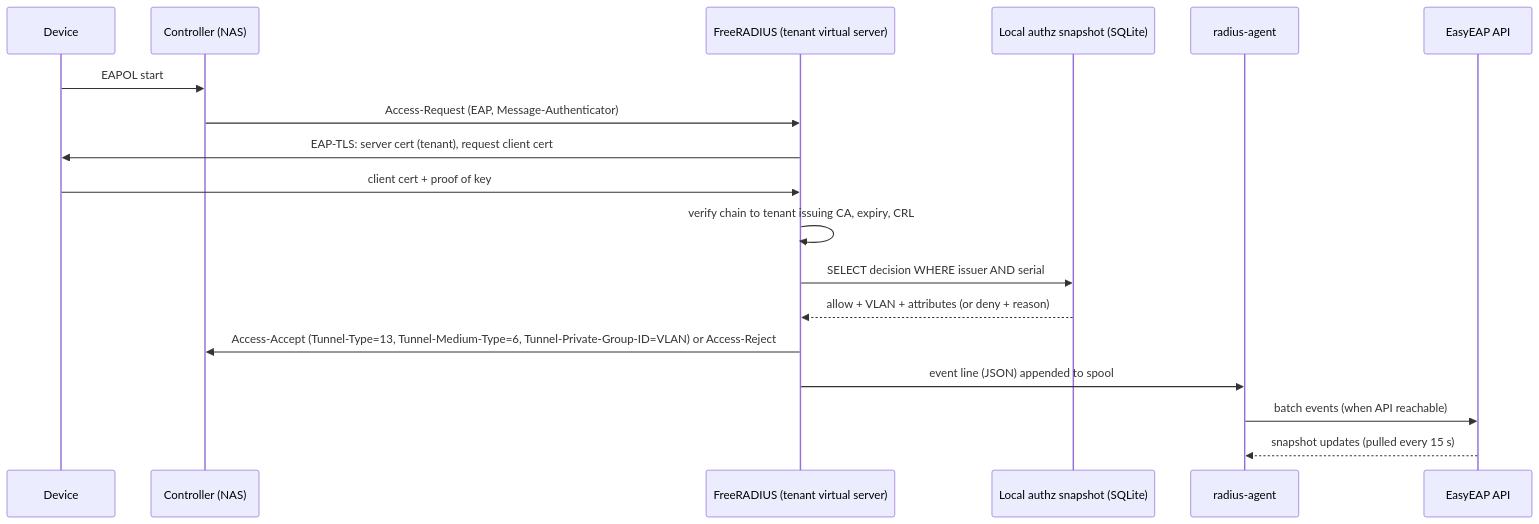
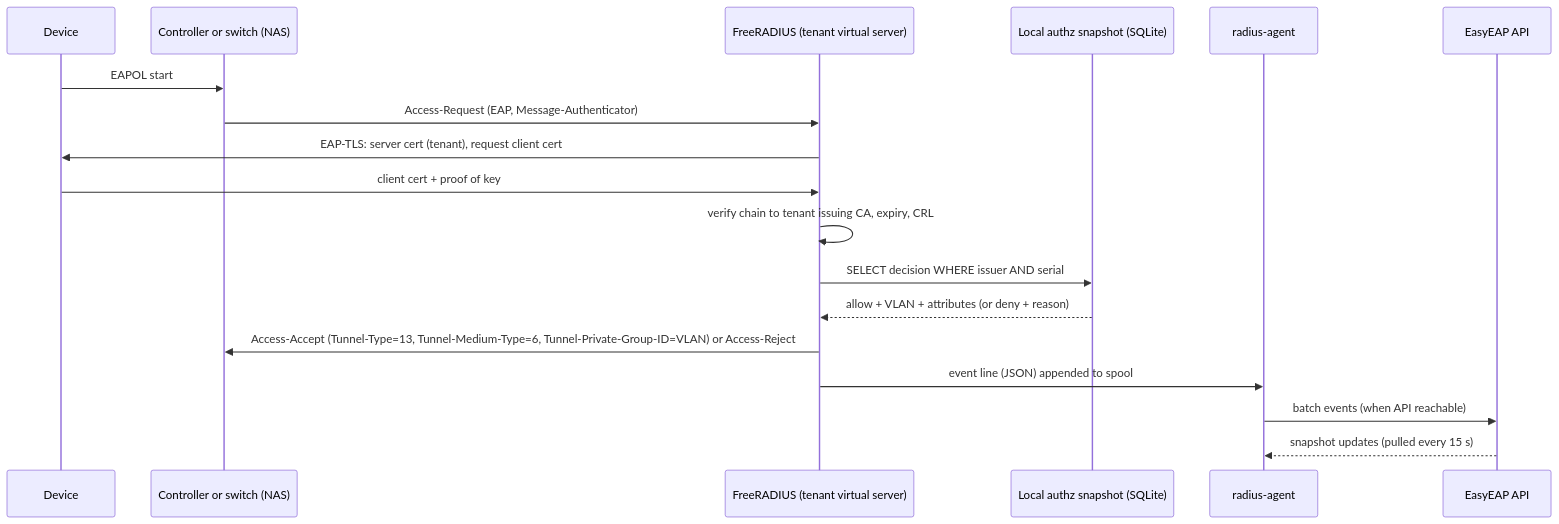
One commit to paulmataruso/EasyEAP changed the third of 3 diagrams in ARCHITECTURE.md. Above: the diagram before and after it, drawn with Mermaid. The commit also changed other lines of this file and 72 other files, not shown here.

````diff
--- a/ARCHITECTURE.md
+++ b/ARCHITECTURE.md
@@ -104,20 +104,20 @@
 ```mermaid
 sequenceDiagram
   participant D as Device
-  participant N as Controller (NAS)
+  participant N as Controller or switch (NAS)
   participant R as FreeRADIUS (tenant virtual server)
   participant S as Local authz snapshot (SQLite)
   participant A as radius-agent
   participant API as EasyEAP API
   D->>N: EAPOL start
   N->>R: Access-Request (EAP, Message-Authenticator)
   R->>D: EAP-TLS: server cert (tenant), request client cert
   D->>R: client cert + proof of key
   R->>R: verify chain to tenant issuing CA, expiry, CRL
   R->>S: SELECT decision WHERE issuer AND serial
   S-->>R: allow + VLAN + attributes (or deny + reason)
   R->>N: Access-Accept (Tunnel-Type=13, Tunnel-Medium-Type=6, Tunnel-Private-Group-ID=VLAN) or Access-Reject
   R->>A: event line (JSON) appended to spool
   A->>API: batch events (when API reachable)
   API-->>A: snapshot updates (pulled every 15 s)
 ```
````
